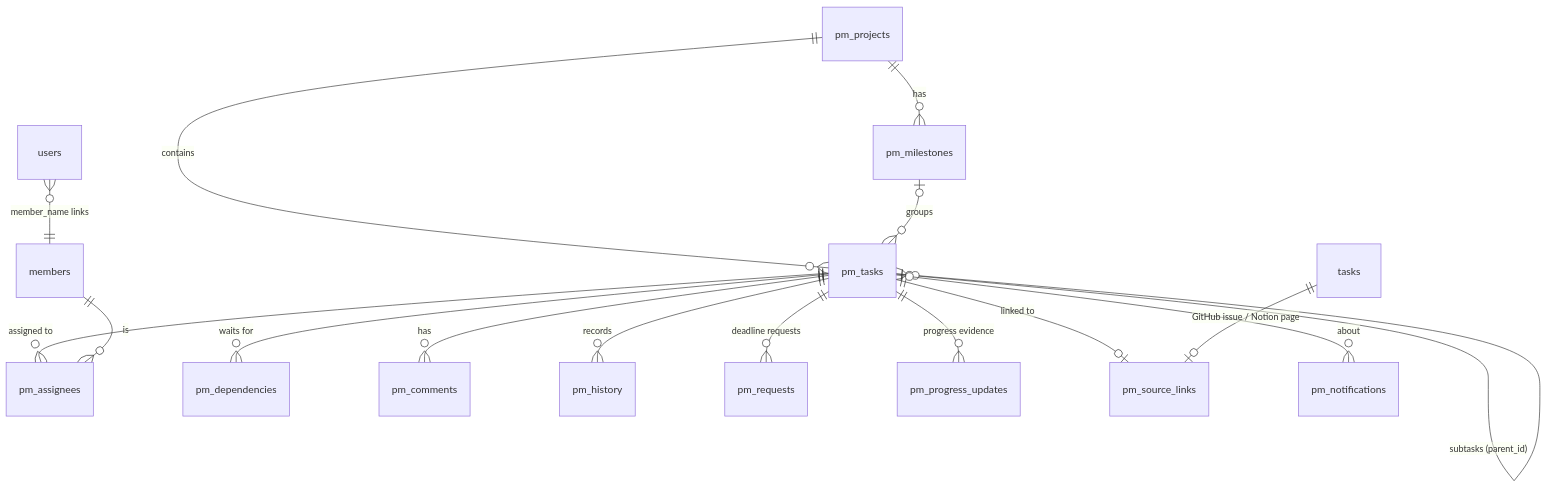
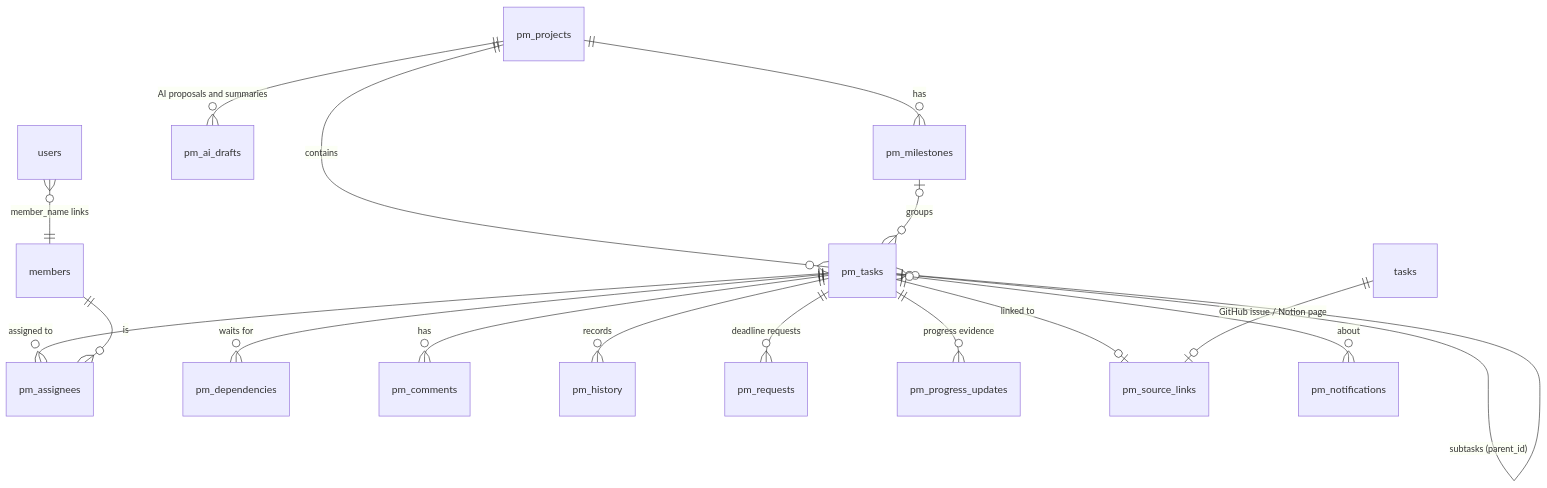
Before and after one commit to Siddhi-Karhekar/Tracker: the diagram in docs/TEAMPULSE_2.md, drawn with Mermaid. The commit also changed other lines of this file and 13 other files, not shown here.

````diff
--- a/docs/TEAMPULSE_2.md
+++ b/docs/TEAMPULSE_2.md
@@ -179,18 +218,19 @@
 ```mermaid
 erDiagram
     pm_projects ||--o{ pm_milestones : has
     pm_projects ||--o{ pm_tasks : contains
     pm_milestones |o--o{ pm_tasks : groups
     pm_tasks |o--o{ pm_tasks : "subtasks (parent_id)"
     pm_tasks ||--o{ pm_assignees : "assigned to"
     members ||--o{ pm_assignees : is
     pm_tasks ||--o{ pm_dependencies : "waits for"
     pm_tasks ||--o{ pm_comments : has
     pm_tasks ||--o{ pm_history : records
     pm_tasks ||--o{ pm_requests : "deadline requests"
     pm_tasks ||--o{ pm_progress_updates : "progress evidence"
     pm_tasks ||--o| pm_source_links : "linked to"
     tasks ||--o| pm_source_links : "GitHub issue / Notion page"
+    pm_projects ||--o{ pm_ai_drafts : "AI proposals and summaries"
     pm_tasks |o--o{ pm_notifications : about
     users }o--|| members : "member_name links"
 ```
````
